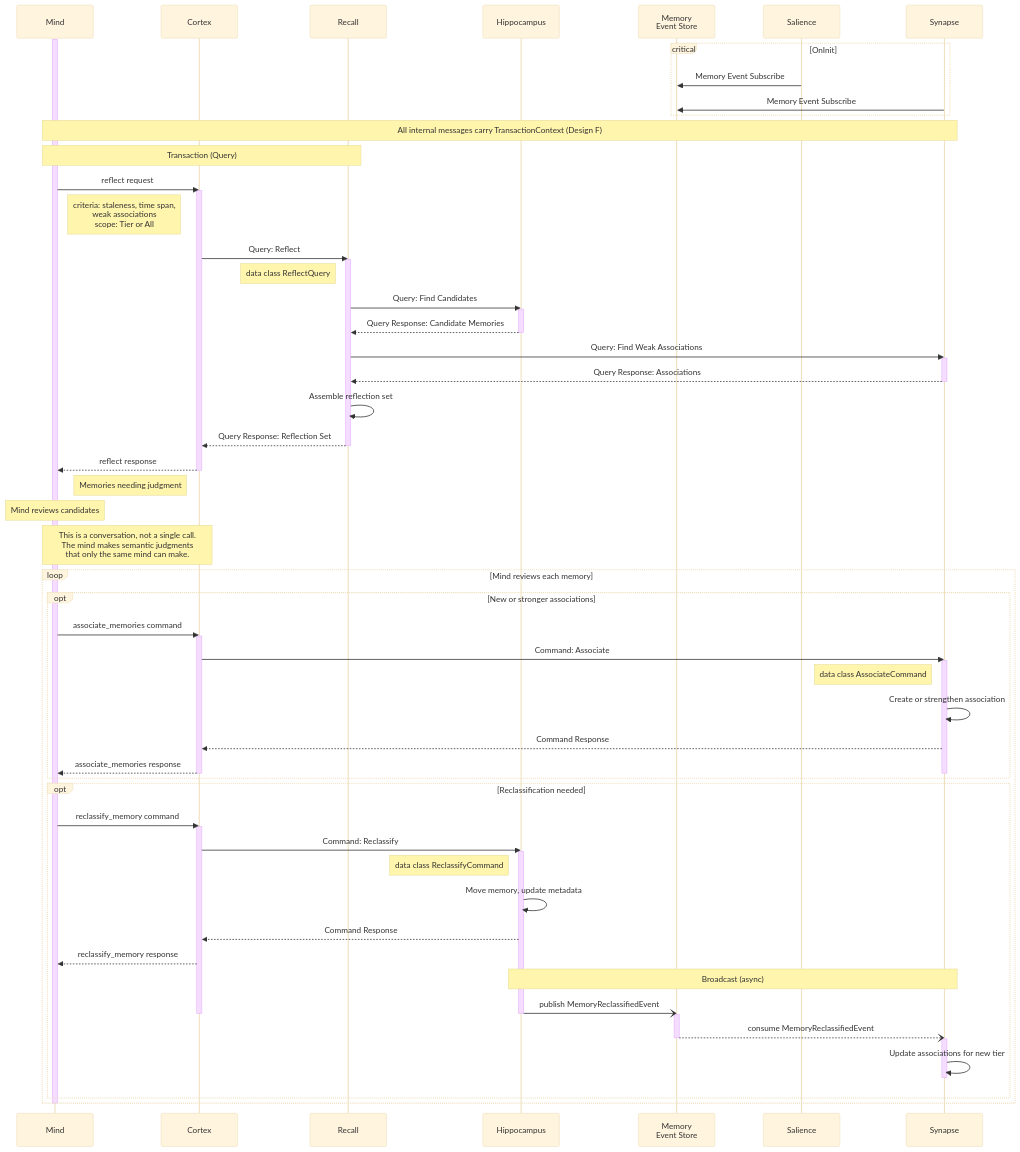
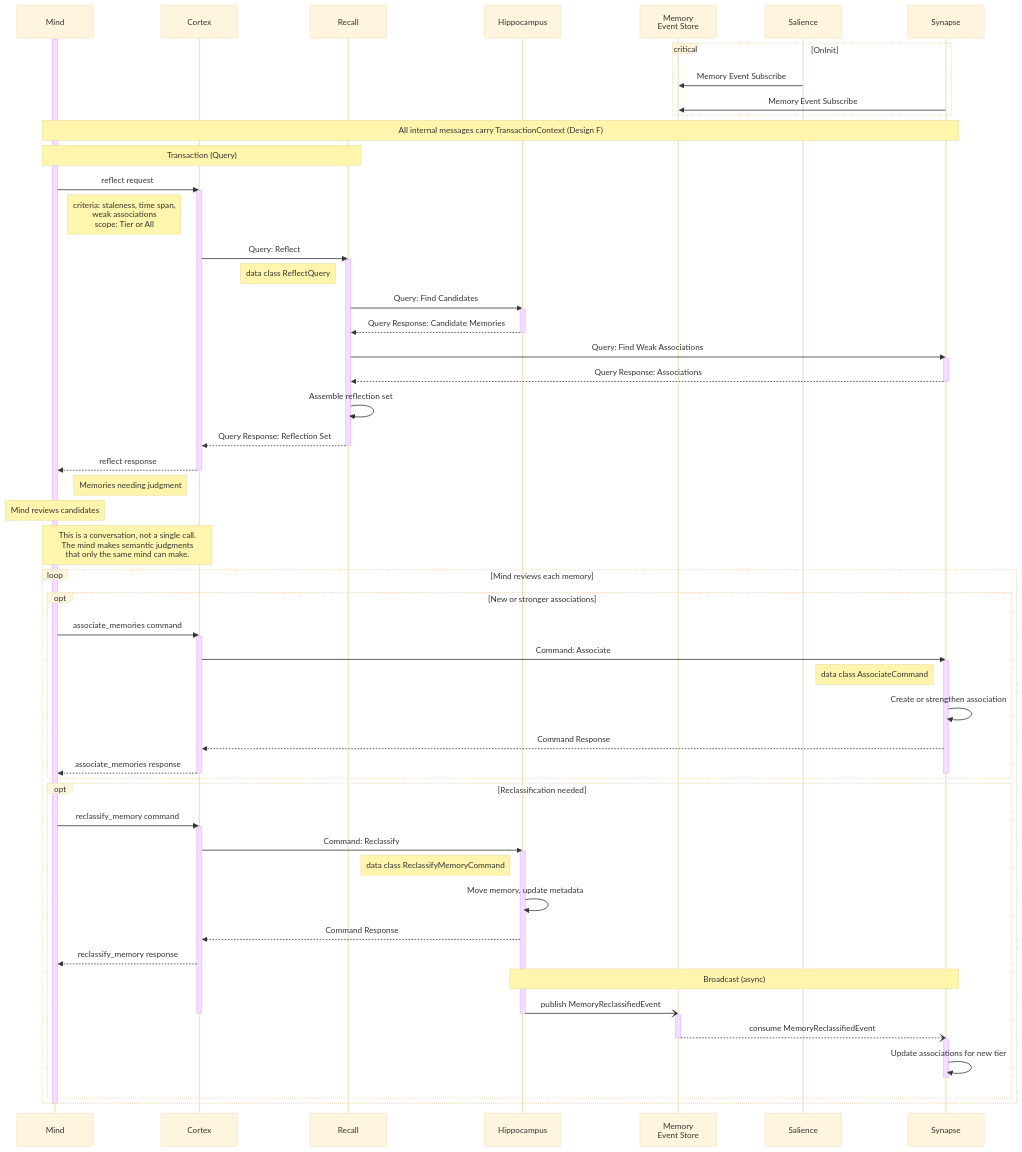
Before and after one commit to Mimis-Gildi/mcp-total-recall: the diagram in site/_includes/diagrams/msg-0006-reflect.mmd, drawn with Mermaid (base theme). The commit also changed 109 other files, not shown here.

```diff
--- a/site/_includes/diagrams/msg-0006-reflect.mmd
+++ b/site/_includes/diagrams/msg-0006-reflect.mmd
@@ -1,86 +1,86 @@
 sequenceDiagram
     participant M as Mind
     participant CX as Cortex
     participant RC as Recall
     participant HP as Hippocampus
     participant ES as Memory<br/> Event Store
     participant SL as Salience
     participant SY as Synapse
 
     activate M
 
     critical OnInit
         SL ->> ES: Memory Event Subscribe
         SY ->> ES: Memory Event Subscribe
     end
 
     Note over M,SY: All internal messages carry TransactionContext (Design F)
 
     Note over M,RC: Transaction (Query)
     M->>CX: reflect request
     activate CX
     Note right of M: criteria: staleness, time span,<br/>weak associations<br/>scope: Tier or All
 
     CX->>RC: Query: Reflect
     activate RC
     Note left of RC: data class ReflectQuery
 
     RC->>HP: Query: Find Candidates
     activate HP
     HP-->>RC: Query Response: Candidate Memories
     deactivate HP
 
     RC->>SY: Query: Find Weak Associations
     activate SY
     SY-->>RC: Query Response: Associations
     deactivate SY
 
     RC->>RC: Assemble reflection set
 
     RC-->>CX: Query Response: Reflection Set
     deactivate RC
     CX-->>M: reflect response
     deactivate CX
     Note left of CX: Memories needing judgment
 
     Note over M: Mind reviews candidates
     Note over M,CX: This is a conversation, not a single call.<br/>The mind makes semantic judgments<br/>that only the same mind can make.
 
     loop Mind reviews each memory
         opt New or stronger associations
             M->>CX: associate_memories command
             activate CX
             CX->>SY: Command: Associate
             activate SY
             Note left of SY: data class AssociateCommand
             SY->>SY: Create or strengthen association
             SY-->>CX: Command Response
             CX-->>M: associate_memories response
             deactivate SY
             deactivate CX
         end
 
         opt Reclassification needed
             M->>CX: reclassify_memory command
             activate CX
             CX->>HP: Command: Reclassify
             activate HP
-            Note left of HP: data class ReclassifyCommand
+            Note left of HP: data class ReclassifyMemoryCommand
             HP->>HP: Move memory, update metadata
             HP-->>CX: Command Response
             CX-->>M: reclassify_memory response
 
             Note over HP,SY: Broadcast (async)
             HP-)ES: publish MemoryReclassifiedEvent
             deactivate HP
             deactivate CX
             activate ES
             ES--)SY: consume MemoryReclassifiedEvent
             deactivate ES
             activate SY
             SY->>SY: Update associations for new tier
             deactivate SY
         end
     end
 
     deactivate M
```
